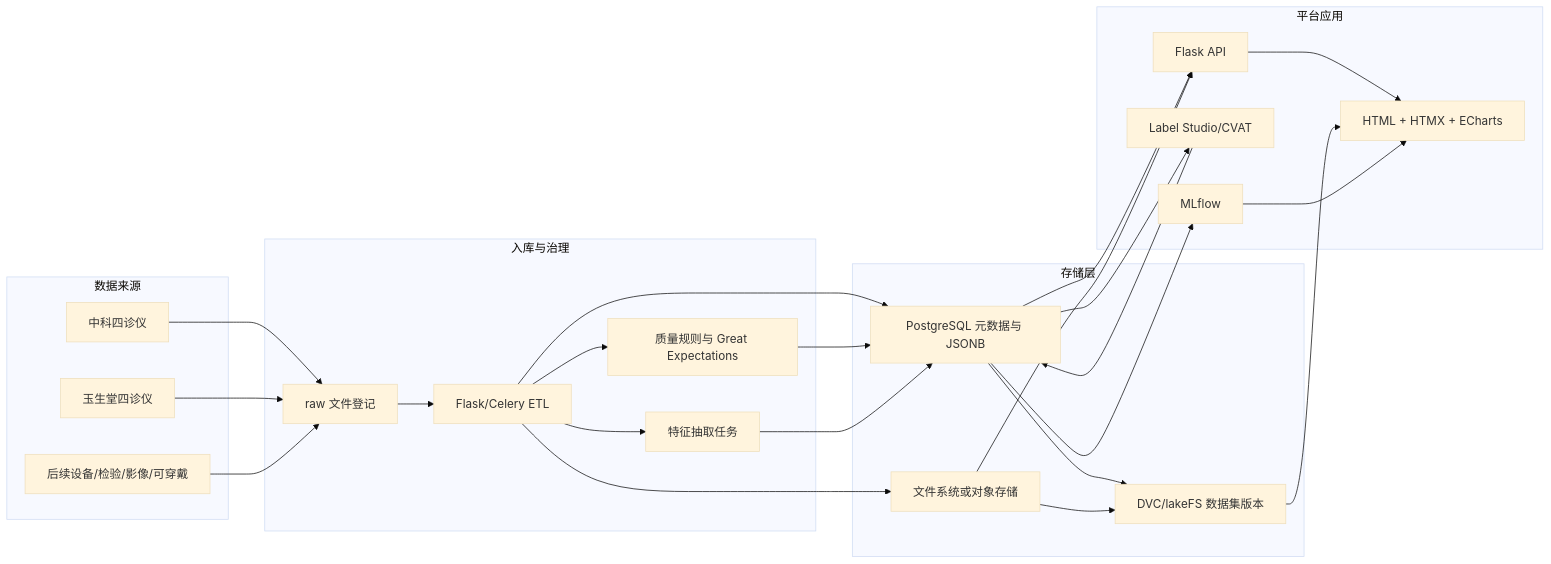
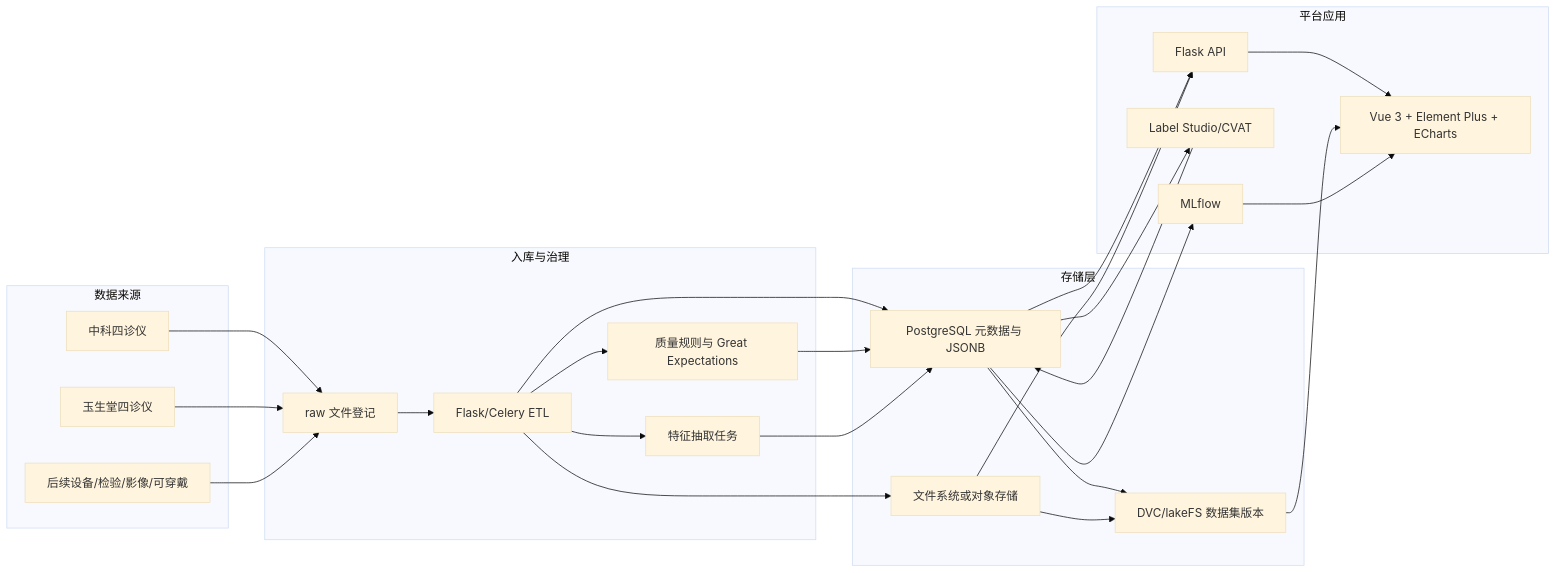
One commit to Destinyia/TCM_platform changed the diagram in docs/多模态数据展示平台总体设计.md. Above: the diagram before and after it, drawn with Mermaid (base theme). The commit also changed other lines of this file and 3 other files, not shown here.

````diff
--- a/docs/多模态数据展示平台总体设计.md
+++ b/docs/多模态数据展示平台总体设计.md
@@ -31,49 +31,49 @@
 ```mermaid
 flowchart LR
   subgraph Source["数据来源"]
     ZK["中科四诊仪"]
     YST["玉生堂四诊仪"]
     FUTURE["后续设备/检验/影像/可穿戴"]
   end
 
   subgraph Ingest["入库与治理"]
     RAW["raw 文件登记"]
     ETL["Flask/Celery ETL"]
     DQ["质量规则与 Great Expectations"]
     FEAT["特征抽取任务"]
   end
 
   subgraph Storage["存储层"]
     PG["PostgreSQL 元数据与 JSONB"]
     ASSET["文件系统或对象存储"]
     DVC["DVC/lakeFS 数据集版本"]
   end
 
   subgraph App["平台应用"]
     API["Flask API"]
-    WEB["HTML + HTMX + ECharts"]
+    WEB["Vue 3 + Element Plus + ECharts"]
     LABEL["Label Studio/CVAT"]
     MLFLOW["MLflow"]
   end
 
   ZK --> RAW
   YST --> RAW
   FUTURE --> RAW
   RAW --> ETL
   ETL --> PG
   ETL --> ASSET
   ETL --> DQ
   DQ --> PG
   ETL --> FEAT
   FEAT --> PG
   PG --> API
   ASSET --> API
   API --> WEB
   PG --> DVC
   ASSET --> DVC
   DVC --> WEB
   PG --> LABEL
   LABEL --> PG
   PG --> MLFLOW
   MLFLOW --> WEB
 ```
````
